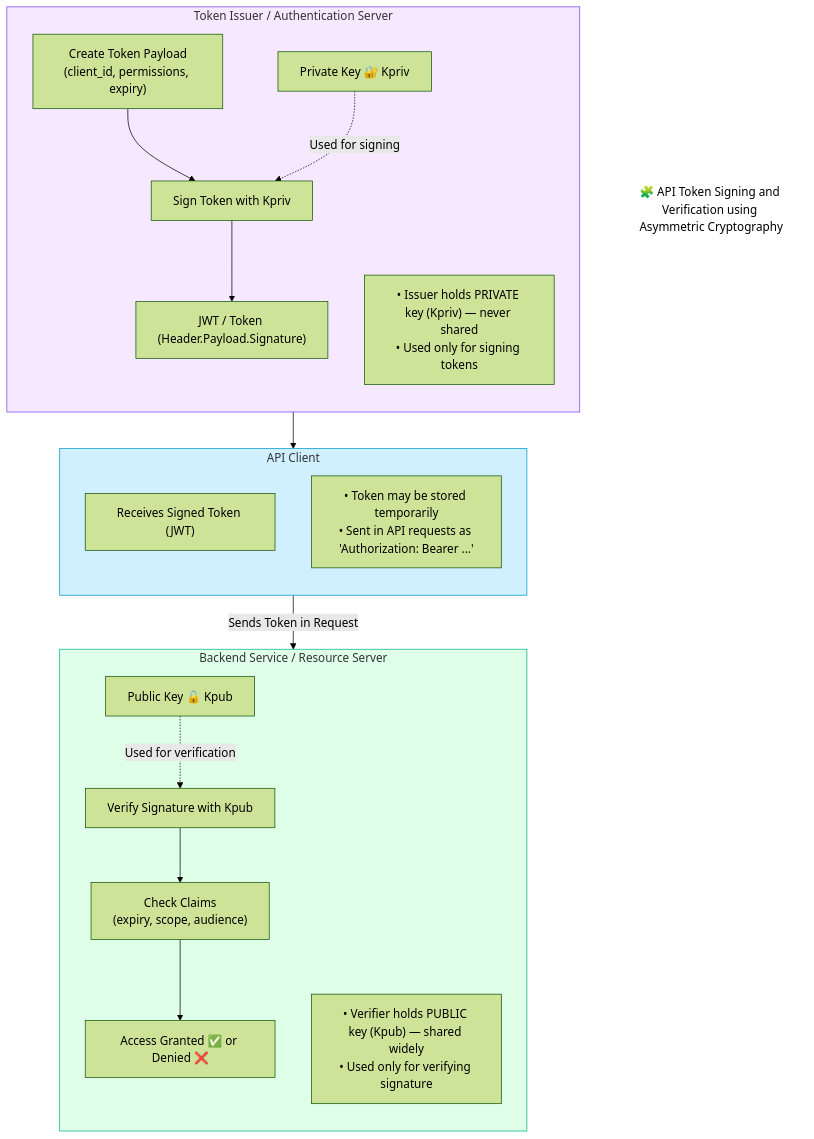
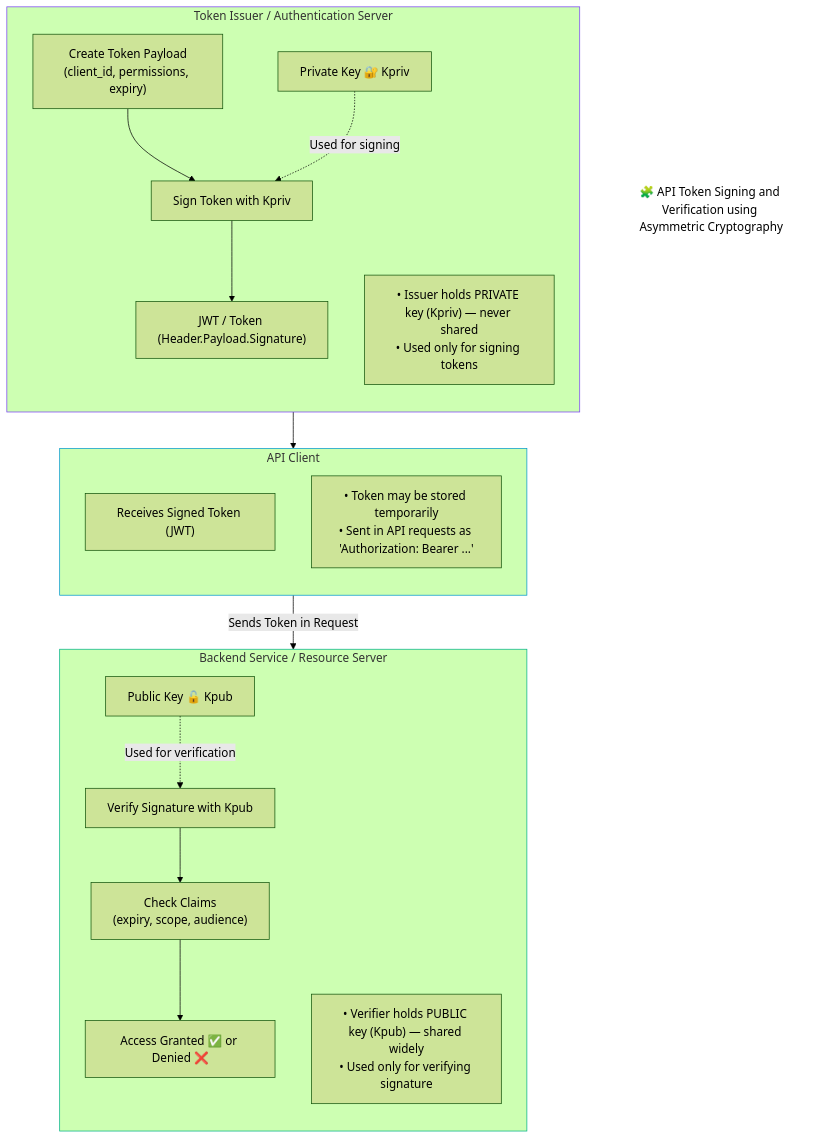
The diagram in diagrams/02-API-token-signing-verification.mmd (irahulsawhney/crypto-concepts), drawn with Mermaid (forest theme) before and after one commit.

Commit message:
Update API token signing diagram

```diff
--- a/diagrams/02-API-token-signing-verification.mmd
+++ b/diagrams/02-API-token-signing-verification.mmd
@@ -1,39 +1,39 @@
 flowchart TB
     %% Title
     Title["🧩 API Token Signing and Verification using Asymmetric Cryptography"]
 
     %% Entities
     subgraph Issuer["Token Issuer / Authentication Server"]
         direction TB
         P["Private Key 🔐 Kpriv"]
         T1["Create Token Payload<br/>(client_id, permissions, expiry)"]
         T1 --> S1["Sign Token with Kpriv"]
         P -.->|Used for signing| S1
         S1 --> J["JWT / Token (Header.Payload.Signature)"]
         INote["• Issuer holds PRIVATE key (Kpriv) — never shared<br/>• Used only for signing tokens"]
     end
 
     subgraph Consumer["API Client"]
         direction TB
         C1["Receives Signed Token (JWT)"]
         CNote["• Token may be stored temporarily<br/>• Sent in API requests as 'Authorization: Bearer ...'"]
     end
 
     subgraph Verifier["Backend Service / Resource Server"]
         direction TB
         PU["Public Key 🔓 Kpub"]
         PU -.->|Used for verification| V1["Verify Signature with Kpub"]
         V1 --> V2["Check Claims<br/>(expiry, scope, audience)"]
         V2 --> A1["Access Granted ✅ or Denied ❌"]
         VNote["• Verifier holds PUBLIC key (Kpub) — shared widely<br/>• Used only for verifying signature"]
     end
 
     %% Data Flow
     J --> C1
     C1 -->|Sends Token in Request| V1
 
     %% Styling
-    style Issuer stroke:#7a42f4,stroke-width:1px,fill:#f5e8ff
-    style Consumer stroke:#0099cc,stroke-width:1px,fill:#d1f0ff
-    style Verifier stroke:#00b386,stroke-width:1px,fill:#e0ffe8
+    style Issuer stroke:#7a42f4,stroke-width:1px
+    style Consumer stroke:#0099cc,stroke-width:1px
+    style Verifier stroke:#00b386,stroke-width:1px
     style Title fill:none,stroke:none
```
